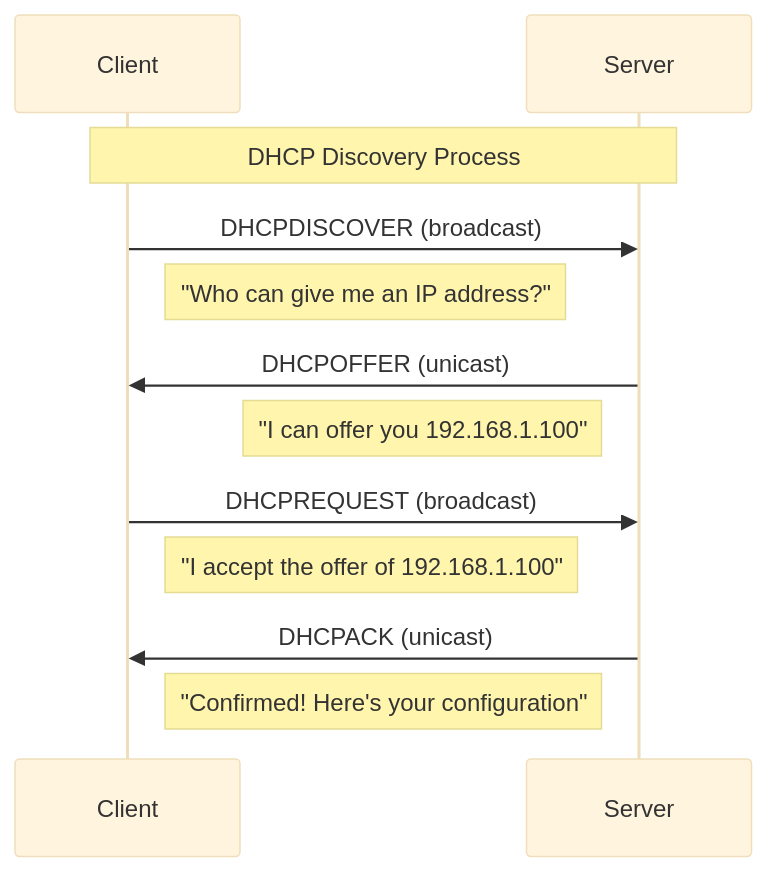
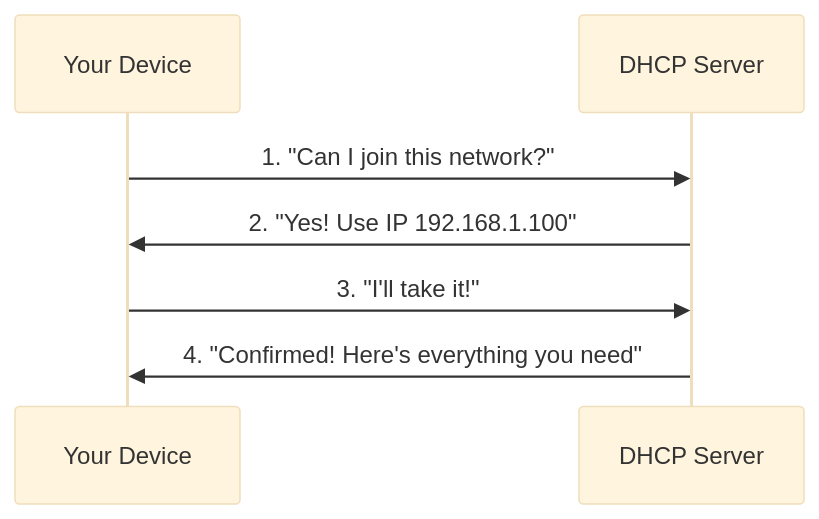
Before and after one commit to arminzou/software-engineering-knowledge-base: the third of 3 diagrams in docs/fundamentals/networking.md, drawn with Mermaid (base theme). The commit also changed other lines of this file and 4 other files, not shown here.

````diff
--- a/docs/fundamentals/networking.md
+++ b/docs/fundamentals/networking.md
@@ -518,15 +406,10 @@
 ```mermaid
 sequenceDiagram
-    participant Client
-    participant Server
-    
-    Note over Client,Server: DHCP Discovery Process
-    Client->>Server: DHCPDISCOVER (broadcast)
-    Note right of Client: "Who can give me an IP address?"
-    Server->>Client: DHCPOFFER (unicast)
-    Note left of Server: "I can offer you 192.168.1.100"
-    Client->>Server: DHCPREQUEST (broadcast)
-    Note right of Client: "I accept the offer of 192.168.1.100"
-    Server->>Client: DHCPACK (unicast)
-    Note left of Server: "Confirmed! Here's your configuration"
+    participant Device as Your Device
+    participant DHCP as DHCP Server
+
+    Device->>DHCP: 1. "Can I join this network?"
+    DHCP->>Device: 2. "Yes! Use IP 192.168.1.100"
+    Device->>DHCP: 3. "I'll take it!"
+    DHCP->>Device: 4. "Confirmed! Here's everything you need"
 ```
````
